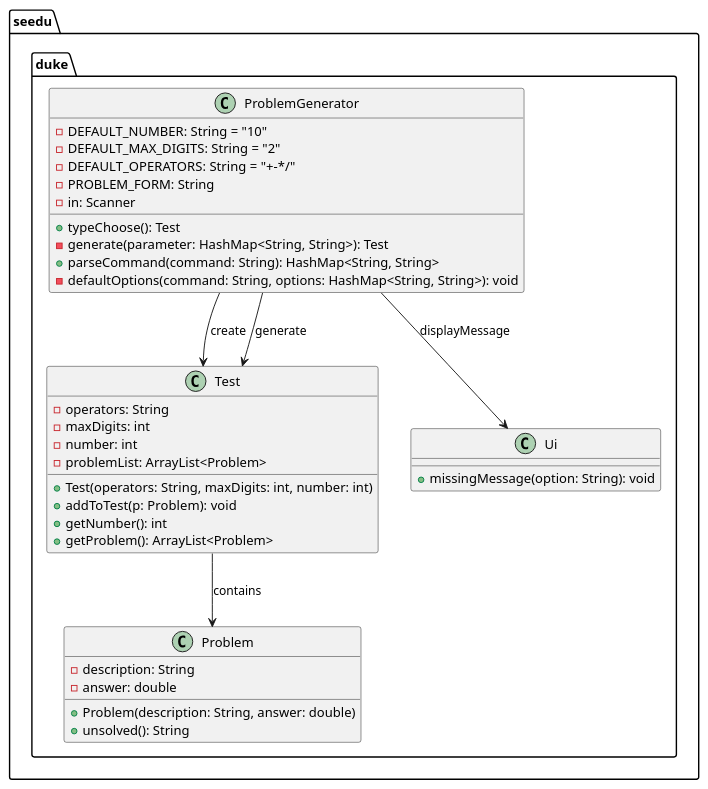
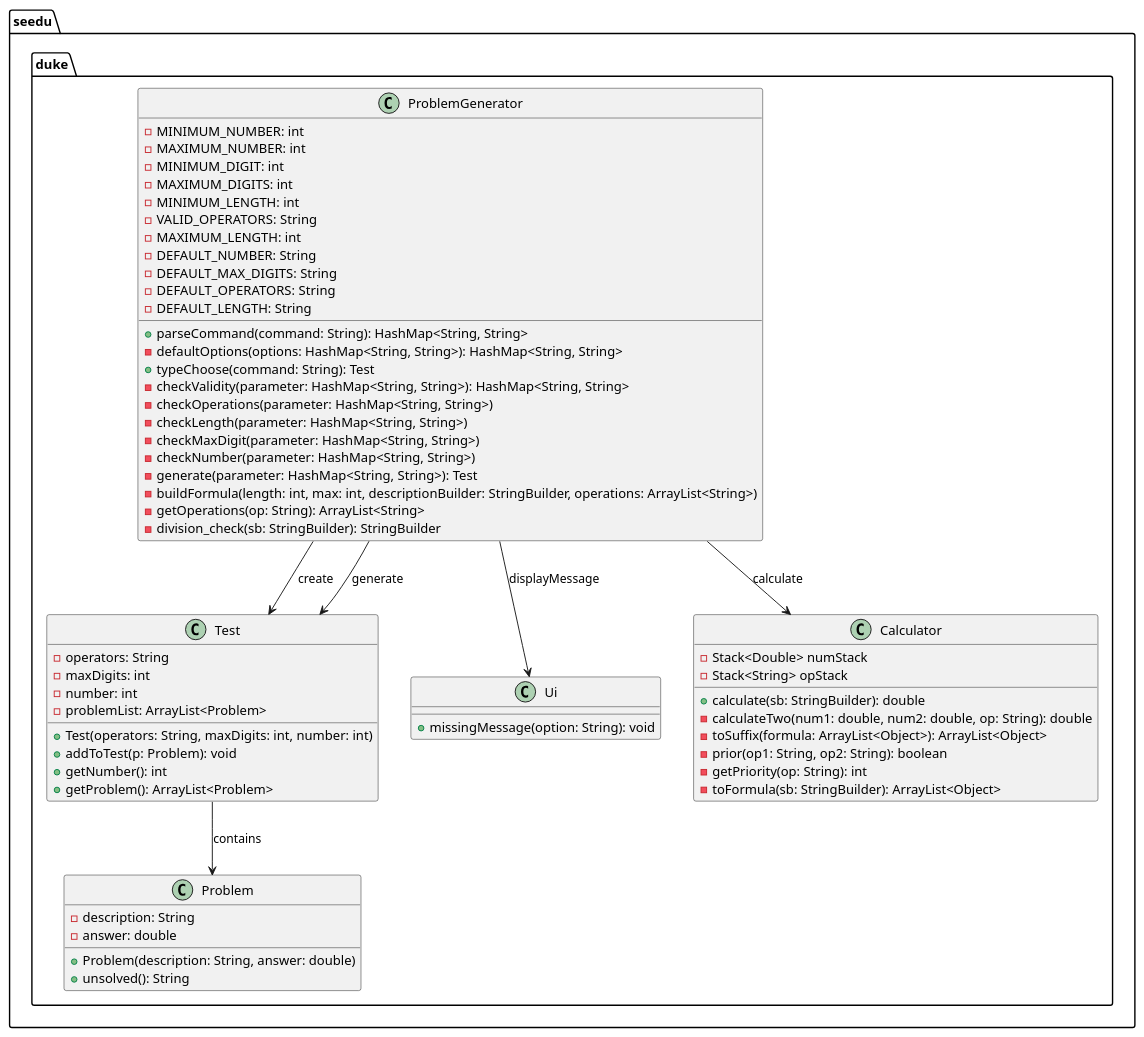
Before and after one commit to AY2324S2-CS2113-T13-1/tp: the diagram in docs/diagrams/problemgenerator.puml, drawn with PlantUML. The commit also changed 5 other files, not shown here.

```diff
--- a/docs/diagrams/problemgenerator.puml
+++ b/docs/diagrams/problemgenerator.puml
@@ -1,46 +1,75 @@
 @startuml
 
 package seedu.duke {
-    class ProblemGenerator {
-        -DEFAULT_NUMBER: String = "10"
-        -DEFAULT_MAX_DIGITS: String = "2"
-        -DEFAULT_OPERATORS: String = "+-*/"
-        -PROBLEM_FORM: String
-        -in: Scanner
-        +typeChoose(): Test
-        -generate(parameter: HashMap<String, String>): Test
-        +parseCommand(command: String): HashMap<String, String>
-        -defaultOptions(command: String, options: HashMap<String, String>): void
-    }
+
+
+   class ProblemGenerator {
+       - MINIMUM_NUMBER: int
+       - MAXIMUM_NUMBER: int
+       - MINIMUM_DIGIT: int
+       - MAXIMUM_DIGITS: int
+       - MINIMUM_LENGTH: int
+       - VALID_OPERATORS: String
+       - MAXIMUM_LENGTH: int
+       - DEFAULT_NUMBER: String
+       - DEFAULT_MAX_DIGITS: String
+       - DEFAULT_OPERATORS: String
+       - DEFAULT_LENGTH: String
+       + parseCommand(command: String): HashMap<String, String>
+       - defaultOptions(options: HashMap<String, String>): HashMap<String, String>
+       + typeChoose(command: String): Test
+       - checkValidity(parameter: HashMap<String, String>): HashMap<String, String>
+       - checkOperations(parameter: HashMap<String, String>)
+       - checkLength(parameter: HashMap<String, String>)
+       - checkMaxDigit(parameter: HashMap<String, String>)
+       - checkNumber(parameter: HashMap<String, String>)
+       - generate(parameter: HashMap<String, String>): Test
+       - buildFormula(length: int, max: int, descriptionBuilder: StringBuilder, operations: ArrayList<String>)
+       - getOperations(op: String): ArrayList<String>
+       - division_check(sb: StringBuilder): StringBuilder
+   }
+
+
+
 
     class Test {
             -operators: String
             -maxDigits: int
             -number: int
             -problemList: ArrayList<Problem>
             +Test(operators: String, maxDigits: int, number: int)
             +addToTest(p: Problem): void
             +getNumber(): int
             +getProblem(): ArrayList<Problem>
         }
 
     class Problem {
         -description: String
         -answer: double
         +Problem(description: String, answer: double)
         +unsolved(): String
     }
 
     class Ui {
         +missingMessage(option: String): void
     }
+    class Calculator {
+        - Stack<Double> numStack
+        - Stack<String> opStack
+        + calculate(sb: StringBuilder): double
+        - calculateTwo(num1: double, num2: double, op: String): double
+        - toSuffix(formula: ArrayList<Object>): ArrayList<Object>
+        - prior(op1: String, op2: String): boolean
+        - getPriority(op: String): int
+        - toFormula(sb: StringBuilder): ArrayList<Object>
+    }
 }
 
 
 
 Test --> Problem: contains
 ProblemGenerator --> Test: create
 ProblemGenerator --> Test: generate
 ProblemGenerator --> Ui: displayMessage
-
+ProblemGenerator --> Calculator : calculate
 @enduml
```
